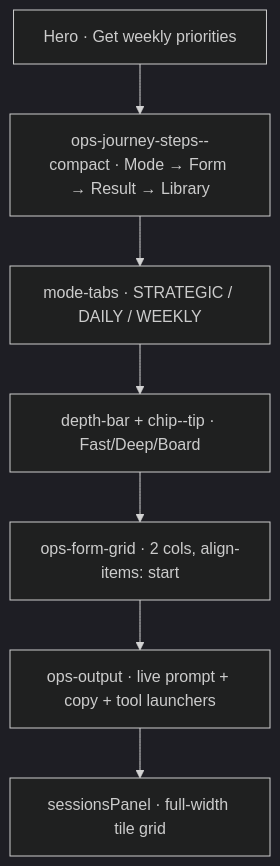
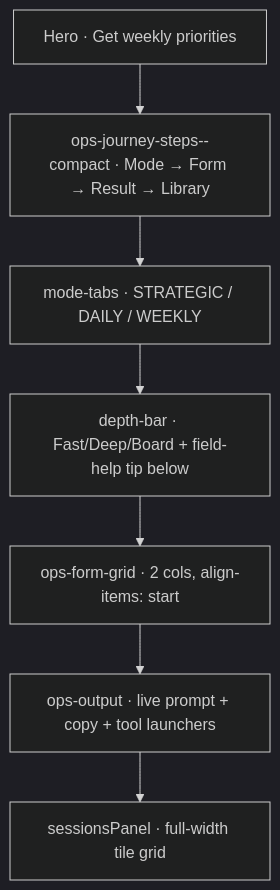
The diagram in docs/ops_workspace_plan.md (DITreneris/ceo), drawn with Mermaid (dark theme) before and after one commit. The commit also changed other lines of this file and 5 other files, not shown here.

````diff
--- a/docs/ops_workspace_plan.md
+++ b/docs/ops_workspace_plan.md
@@ -9,11 +9,11 @@
 ```mermaid
 flowchart TD
   hero[Hero · Get weekly priorities]
   steps[ops-journey-steps--compact · Mode → Form → Result → Library]
   mode[mode-tabs · STRATEGIC / DAILY / WEEKLY]
-  depth[depth-bar + chip--tip · Fast/Deep/Board]
+  depth[depth-bar · Fast/Deep/Board + field-help tip below]
   form[ops-form-grid · 2 cols, align-items: start]
   output[ops-output · live prompt + copy + tool launchers]
   sessions[sessionsPanel · full-width tile grid]
   hero --> steps --> mode --> depth --> form --> output --> sessions
 ```
````
